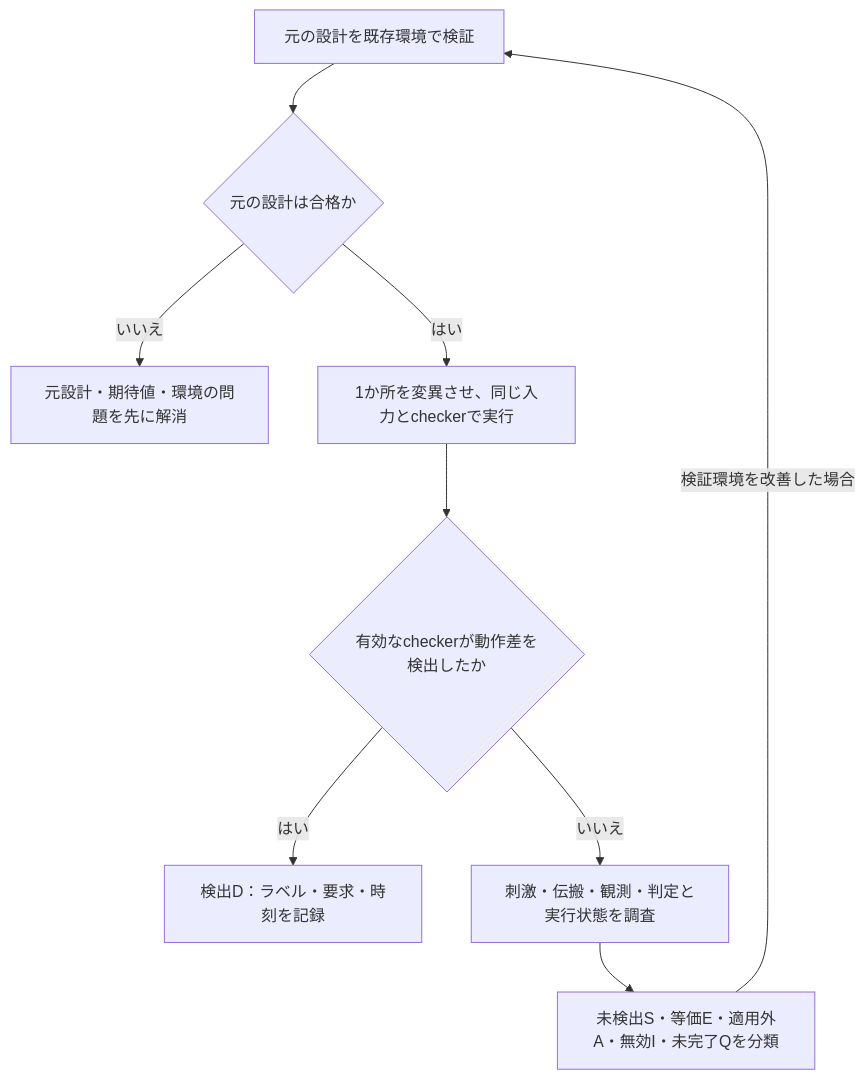
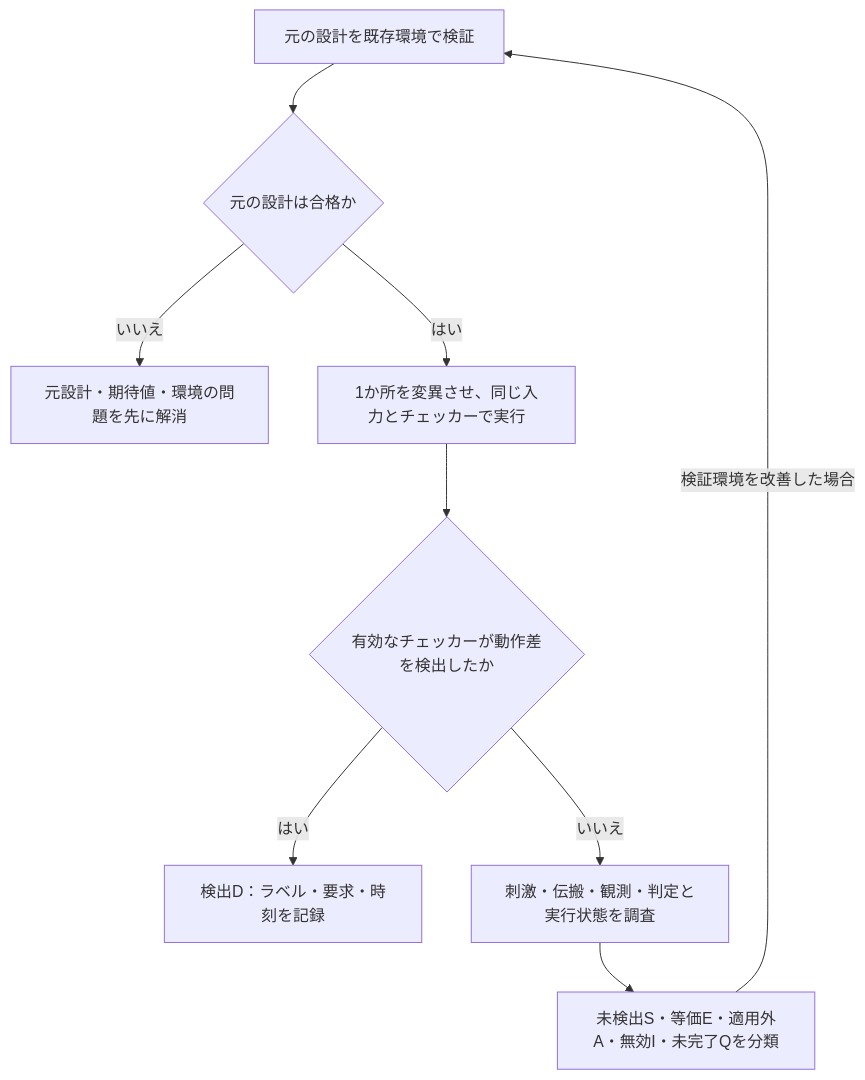
Before and after one commit to kurochan001/lsi-verification-method: the diagram in docs/method/mutation-verification.md, drawn with Mermaid. The commit also changed other lines of this file and 26 other files, not shown here.

````diff
--- a/docs/method/mutation-verification.md
+++ b/docs/method/mutation-verification.md
@@ -43,13 +43,13 @@
 ```mermaid
 flowchart TD
-  accTitle: 元設計の対照と変異の検出を確認する流れ
-  accDescr: 元設計の合格を確認し、同じ入力とcheckerで変異を検査する。checkerの検出と、未検出や実行不能の調査を分ける。
+  accTitle: 元の設計との比較と変異の検出を確認する流れ
+  accDescr: 元設計の合格を確認し、同じ入力とチェッカーで変異を検査する。チェッカーの検出と、未検出や実行不能の調査を分ける。
   O["元の設計を既存環境で検証"] --> P{"元の設計は合格か"}
   P -- "いいえ" --> B["元設計・期待値・環境の問題を先に解消"]
-  P -- "はい" --> M["1か所を変異させ、同じ入力とcheckerで実行"]
-  M --> J{"有効なcheckerが動作差を検出したか"}
+  P -- "はい" --> M["1か所を変異させ、同じ入力とチェッカーで実行"]
+  M --> J{"有効なチェッカーが動作差を検出したか"}
   J -- "はい" --> D["検出D：ラベル・要求・時刻を記録"]
   J -- "いいえ" --> A["刺激・伝搬・観測・判定と実行状態を調査"]
   A --> C["未検出S・等価E・適用外A・無効I・未完了Qを分類"]
   C -- "検証環境を改善した場合" --> O
 ```
````
